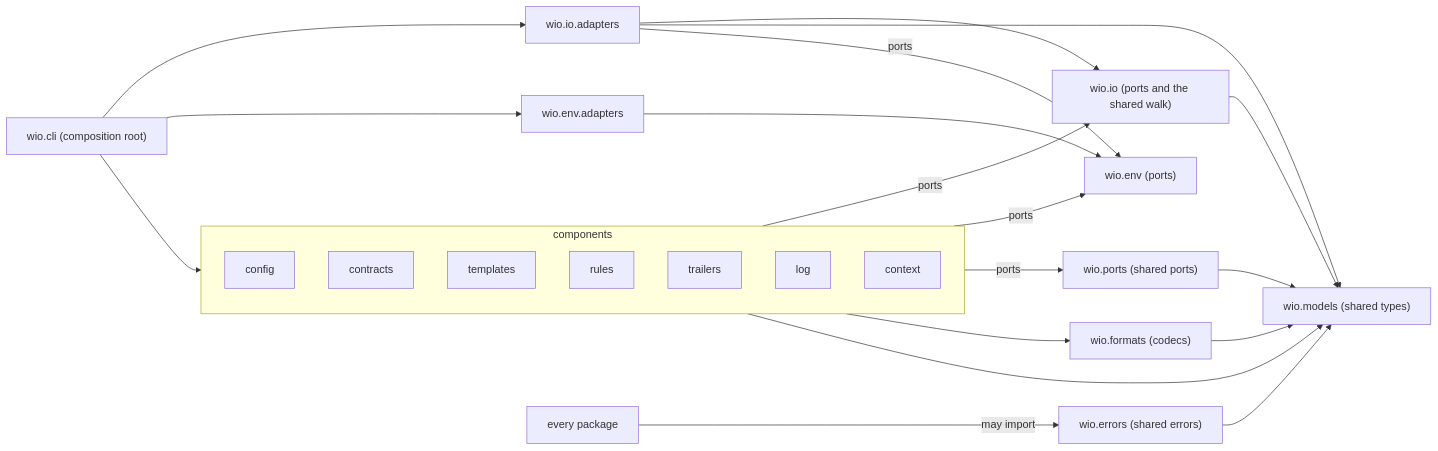
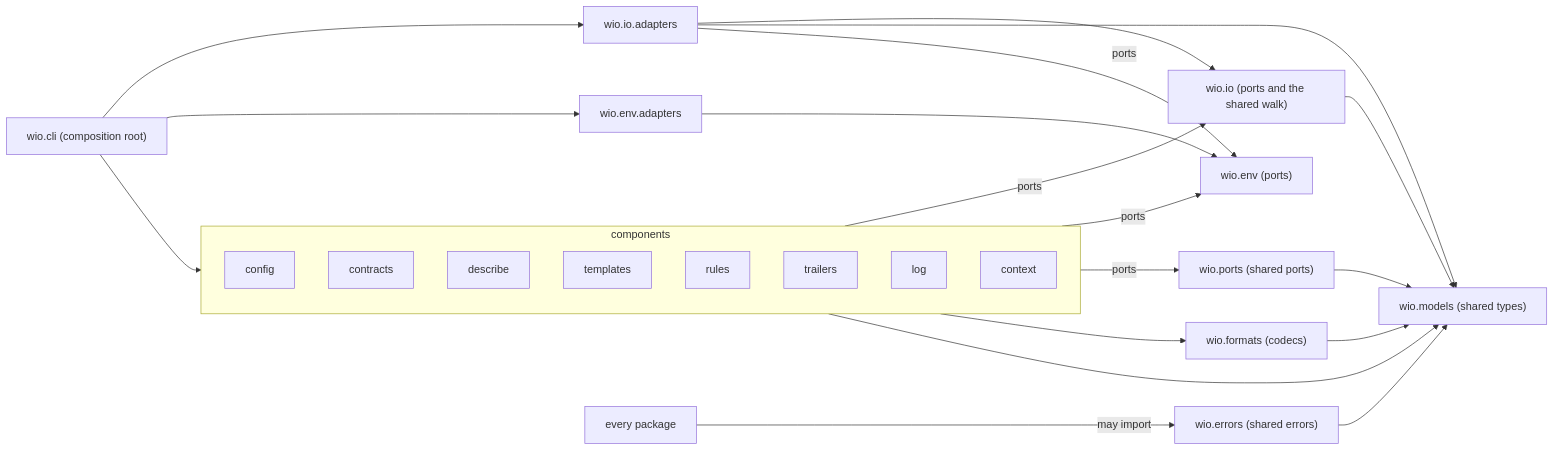
The diagram in src/wio/README.md (msitarz/wio), drawn with Mermaid before and after one commit. The commit also changed 8 other files, not shown here.

````diff
--- a/src/wio/README.md
+++ b/src/wio/README.md
@@ -28,39 +28,40 @@
 ```mermaid
 flowchart LR
     cli["wio.cli (composition root)"]
     subgraph components
         config
         contracts
+        describe
         templates
         rules
         trailers
         log
         context
     end
     ioadapters["wio.io.adapters"]
     io["wio.io (ports and the shared walk)"]
     envadapters["wio.env.adapters"]
     env["wio.env (ports)"]
     sharedports["wio.ports (shared ports)"]
     formats["wio.formats (codecs)"]
     models["wio.models (shared types)"]
     errors["wio.errors (shared errors)"]
     every["every package"]
     every -- "may import" --> errors
     errors --> models
     cli --> components
     cli --> ioadapters
     cli --> envadapters
     ioadapters --> io
     ioadapters --> models
     ioadapters -- "ports" --> env
     envadapters --> env
     components -- "ports" --> io
     components -- "ports" --> env
     components -- "ports" --> sharedports
     components --> formats
     components --> models
     formats --> models
     io --> models
     sharedports --> models
 ```
````
